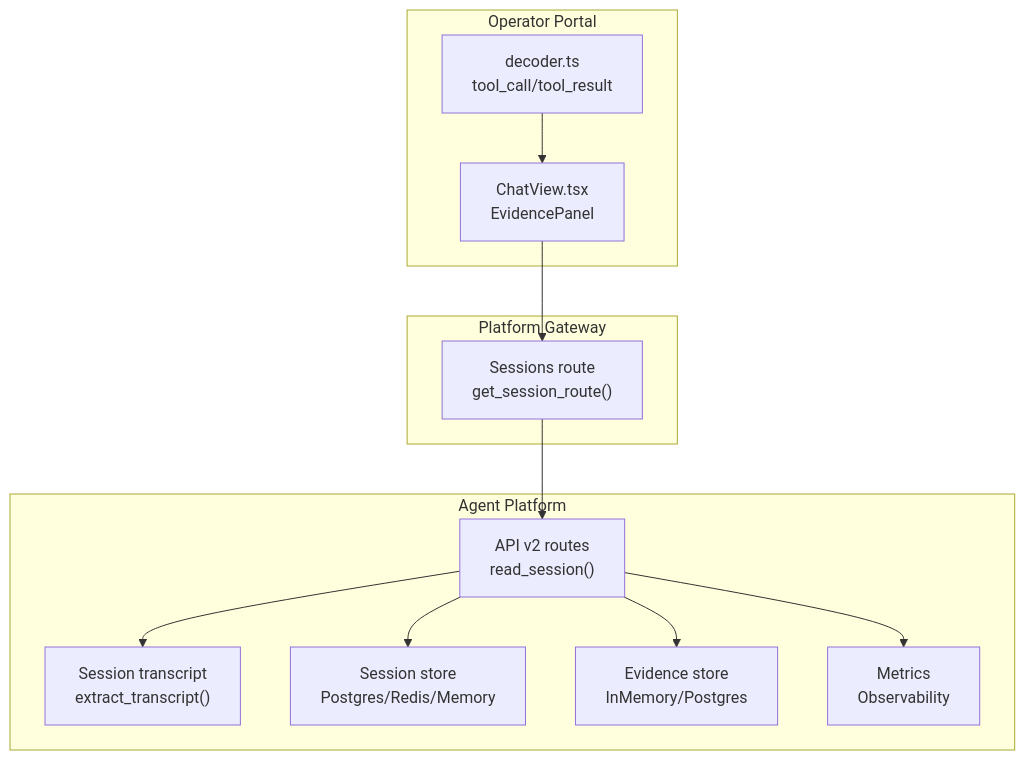
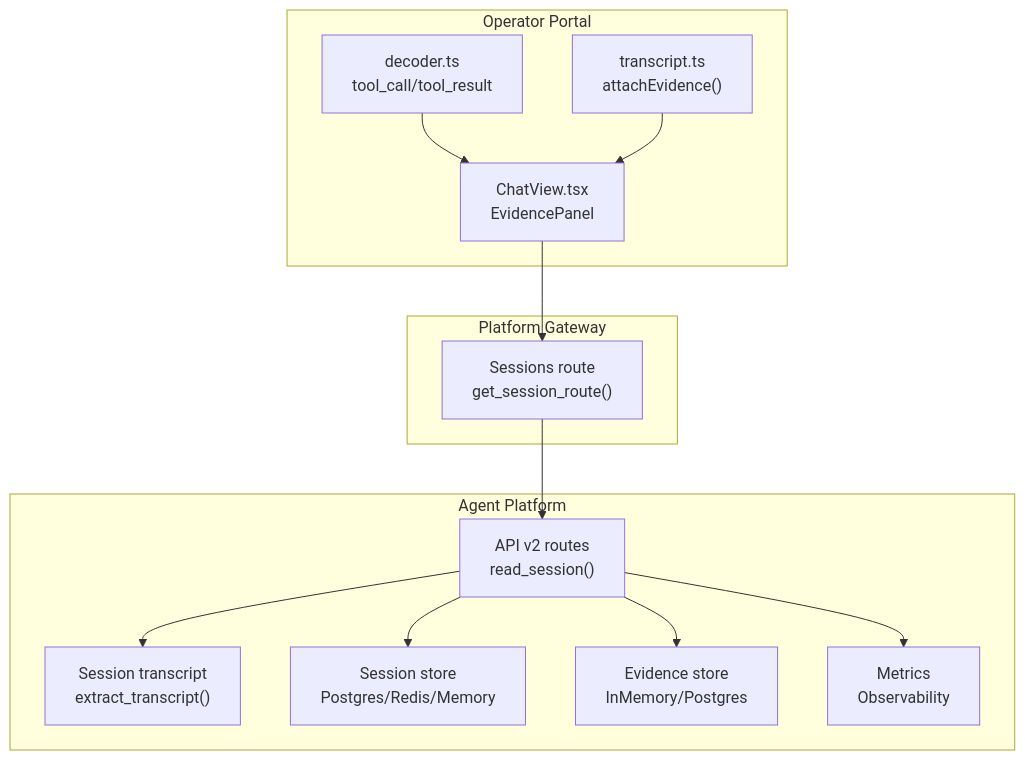
One commit to metasync/luban-aiops changed the first of 9 diagrams in .qoder/repowiki/en/content/Architecture Documentation/SPEC-025_ Evidence Persistence in Transcripts.md. Above: the diagram before and after it, drawn with Mermaid. The commit also changed other lines of this file and 8 other files, not shown here.

````diff
--- a/.qoder/repowiki/en/content/Architecture Documentation/SPEC-025_ Evidence Persistence in Transcripts.md
+++ b/.qoder/repowiki/en/content/Architecture Documentation/SPEC-025_ Evidence Persistence in Transcripts.md
@@ -51,24 +52,26 @@
 ```mermaid
 graph TB
 subgraph "Agent Platform"
 A["API v2 routes<br/>read_session()"]
 B["Session transcript<br/>extract_transcript()"]
 C["Session store<br/>Postgres/Redis/Memory"]
 D["Evidence store<br/>InMemory/Postgres"]
 E["Metrics<br/>Observability"]
 end
 subgraph "Platform Gateway"
 G["Sessions route<br/>get_session_route()"]
 end
 subgraph "Operator Portal"
 P["ChatView.tsx<br/>EvidencePanel"]
 S["decoder.ts<br/>tool_call/tool_result"]
+T["transcript.ts<br/>attachEvidence()"]
 end
 A --> B
 A --> C
 A --> D
 A --> E
 G --> A
 P --> G
 S --> P
+T --> P
 ```
````
